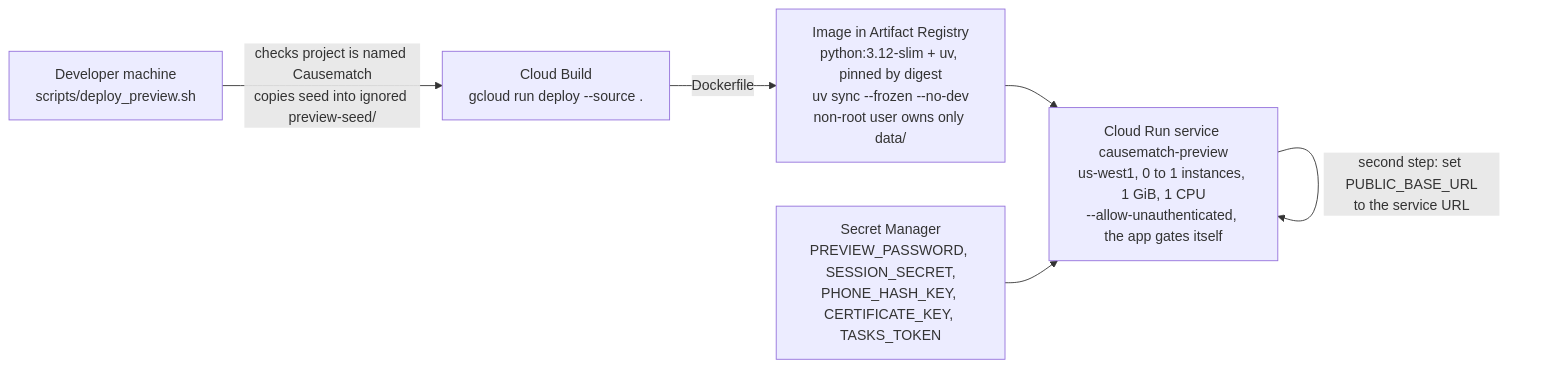
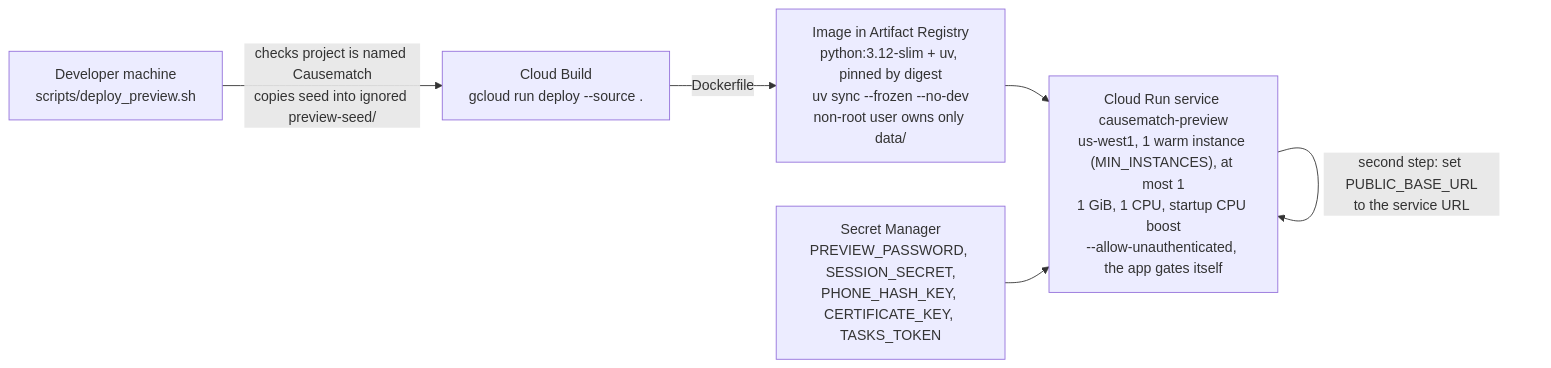
Before and after one commit to slegroux/causematch: diagram 25 of 26 in docs/ARCHITECTURE.md, drawn with Mermaid. The commit also changed other lines of this file, not shown here.

First line of the commit message:
Architecture doc: up to date with main through #39

````diff
--- a/docs/ARCHITECTURE.md
+++ b/docs/ARCHITECTURE.md
@@ -1444,8 +1516,8 @@
 ```mermaid
 flowchart LR
     dev["Developer machine<br/>scripts/deploy_preview.sh"] -- "checks project is named Causematch<br/>copies seed into ignored preview-seed/" --> cb["Cloud Build<br/>gcloud run deploy --source ."]
     cb -- "Dockerfile" --> img["Image in Artifact Registry<br/>python:3.12-slim + uv, pinned by digest<br/>uv sync --frozen --no-dev<br/>non-root user owns only data/"]
-    img --> svc["Cloud Run service causematch-preview<br/>us-west1, 0 to 1 instances, 1 GiB, 1 CPU<br/>--allow-unauthenticated, the app gates itself"]
+    img --> svc["Cloud Run service causematch-preview<br/>us-west1, 1 warm instance (MIN_INSTANCES), at most 1<br/>1 GiB, 1 CPU, startup CPU boost<br/>--allow-unauthenticated, the app gates itself"]
     sm["Secret Manager<br/>PREVIEW_PASSWORD, SESSION_SECRET,<br/>PHONE_HASH_KEY, CERTIFICATE_KEY, TASKS_TOKEN"] --> svc
     svc -- "second step: set PUBLIC_BASE_URL<br/>to the service URL" --> svc
 ```
````
